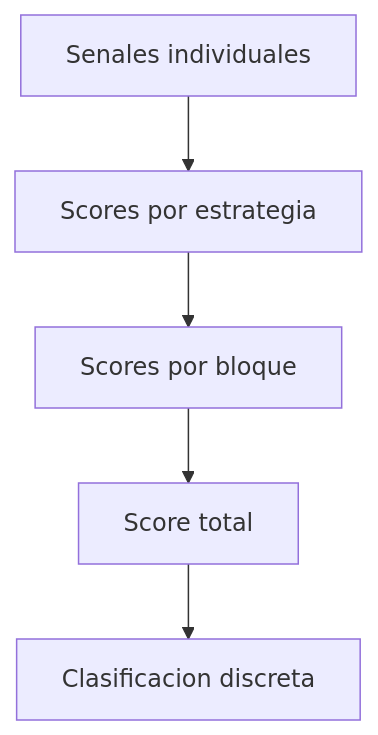
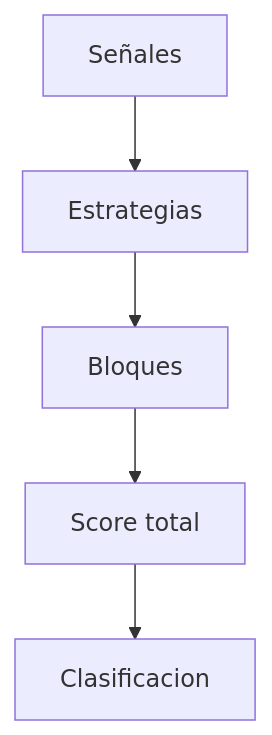
One commit to Romequinco/Sistema-De-Analisis-Financiero changed the diagram in scoring_system.md. Above: the diagram before and after it, drawn with Mermaid. The commit also changed other lines of this file and 16 other files, not shown here.

````diff
--- a/scoring_system.md
+++ b/scoring_system.md
@@ -10,7 +14,7 @@
 ```mermaid
 flowchart TD
-    A[Senales individuales] --> B[Scores por estrategia]
-    B --> C[Scores por bloque]
+    A[Señales] --> B[Estrategias]
+    B --> C[Bloques]
     C --> D[Score total]
-    D --> E[Clasificacion discreta]
+    D --> E[Clasificacion]
 ```
````
